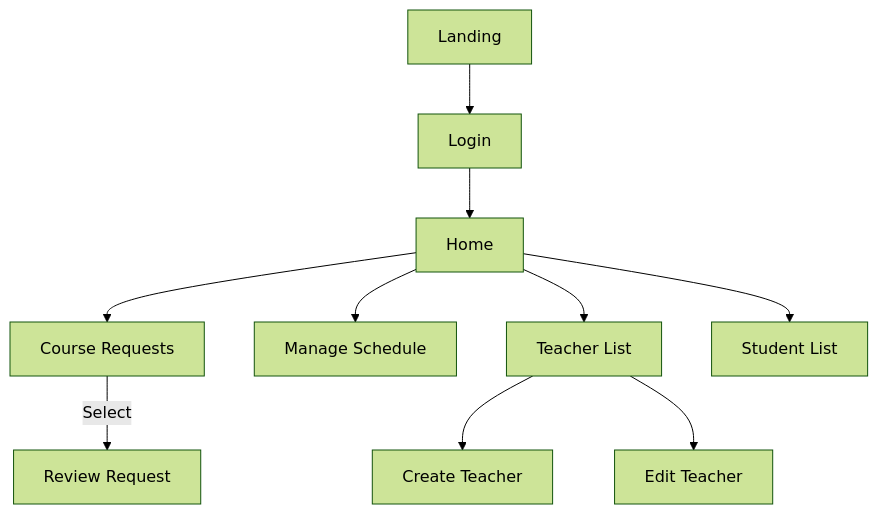
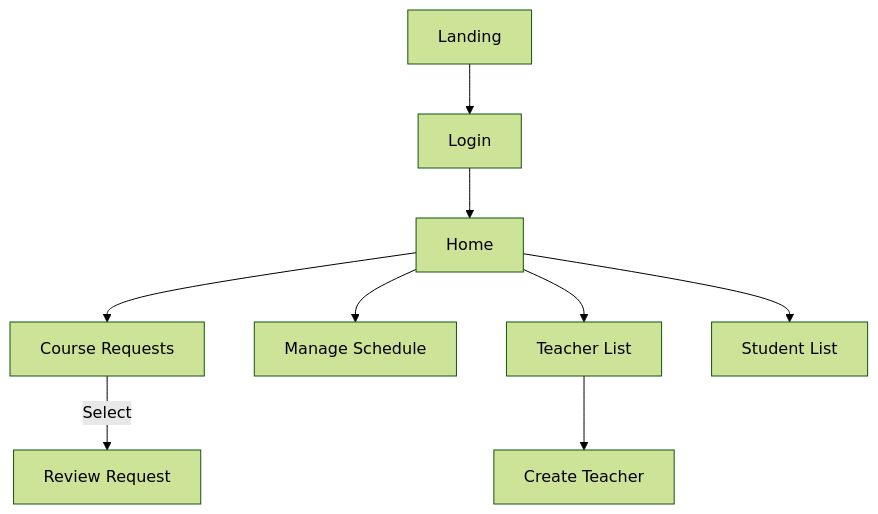
The first of 3 diagrams in Design/views/page-flow.md (SaluteKevin/AQkid), drawn with Mermaid (forest theme) before and after one commit.

Commit message:
Update page flow

````diff
--- a/Design/views/page-flow.md
+++ b/Design/views/page-flow.md
@@ -9,16 +9,15 @@
 ```mermaid
 flowchart TD
 
     start[Landing] --> staffLogin[Login] --> staffHome[Home]
 
     staffHome --> courseRequestIndex[Course Requests] -- Select --> courseRequestShow[Review Request]
 
     staffHome --> scheduleEdit[Manage Schedule]
 
     staffHome --> teacherIndex[Teacher List]
 
     teacherIndex --> teacherCreate[Create Teacher]
-    teacherIndex --> teacherEdit[Edit Teacher]
 
     staffHome --> studentIndex[Student List]
 ```
````
